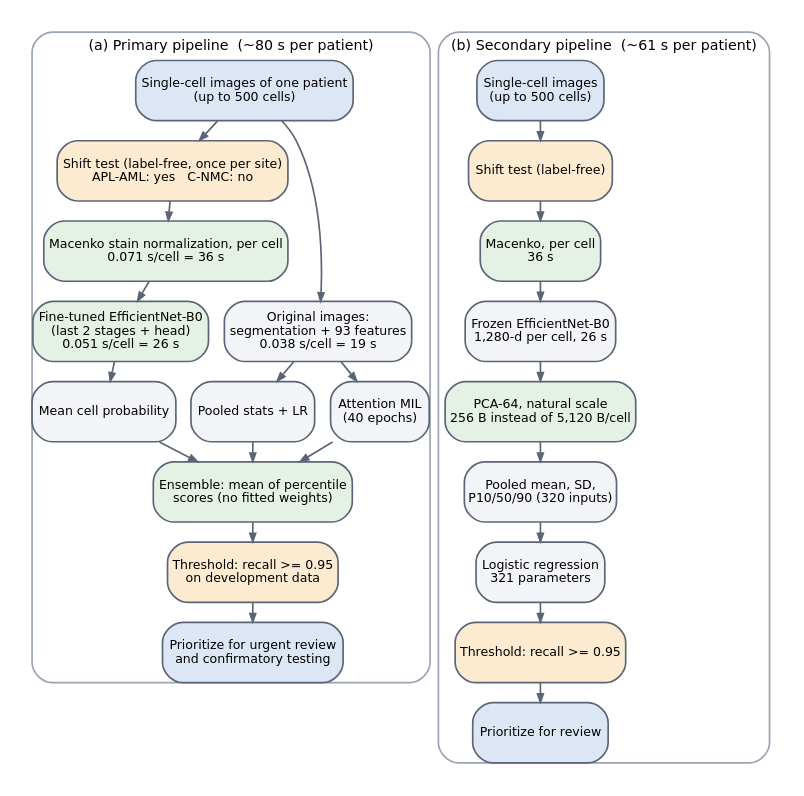
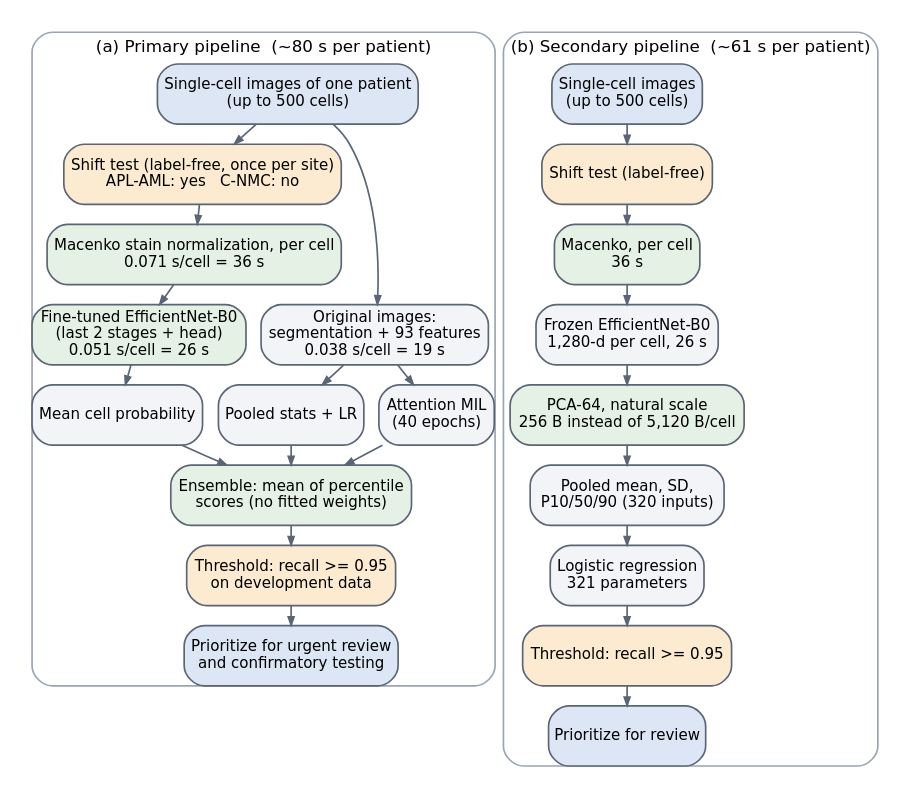
Before and after one commit to Sherif-Hussein/leukemia-leakage-benchmark: the diagram in manuscript/figures/fig_pipelines.dot, drawn with Graphviz. The commit also changed 56 other files, not shown here.

First line of the commit message:
Reconcile repository with the manuscript; reviewer wording and figure fixes

```diff
--- a/manuscript/figures/fig_pipelines.dot
+++ b/manuscript/figures/fig_pipelines.dot
@@ -1,33 +1,33 @@
 digraph P {
   graph [rankdir=TB, fontname="DejaVu Sans", fontsize=9, nodesep=0.12, ranksep=0.16, margin=0.02, newrank=true];
-  node  [shape=box, style="rounded,filled", fillcolor="#F2F4F7", color="#5B6575", fontname="DejaVu Sans", fontsize=7.5, margin="0.06,0.03"];
+  node  [shape=box, style="rounded,filled", fillcolor="#F2F4F7", color="#5B6575", fontname="DejaVu Sans", fontsize=9, margin="0.06,0.03"];
   edge  [color="#5B6575", arrowsize=0.5];
-  subgraph cluster_p { label="(a) Primary pipeline  (~80 s per patient)"; fontsize=8.5; style="rounded"; color="#9AA4B2";
+  subgraph cluster_p { label="(a) Primary pipeline  (~80 s per patient)"; fontsize=10; style="rounded"; color="#9AA4B2";
     in   [label="Single-cell images of one patient\n(up to 500 cells)", fillcolor="#DCE6F5"];
     shift[label="Shift test (label-free, once per site)\nAPL-AML: yes   C-NMC: no", fillcolor="#FCEBD0"];
     mac  [label="Macenko stain normalization, per cell\n0.071 s/cell = 36 s", fillcolor="#E4F1E4"];
     ft   [label="Fine-tuned EfficientNet-B0\n(last 2 stages + head)\n0.051 s/cell = 26 s", fillcolor="#E4F1E4"];
     mp   [label="Mean cell probability"];
     seg  [label="Original images:\nsegmentation + 93 features\n0.038 s/cell = 19 s"];
     pool [label="Pooled stats + LR"];
     mil  [label="Attention MIL\n(40 epochs)"];
     ens  [label="Ensemble: mean of percentile\nscores (no fitted weights)", fillcolor="#E4F1E4"];
     thr  [label="Threshold: recall >= 0.95\non development data", fillcolor="#FCEBD0"];
     out  [label="Prioritize for urgent review\nand confirmatory testing", fillcolor="#DCE6F5"];
     in -> shift -> mac -> ft -> mp -> ens;
     in -> seg; seg -> pool -> ens; seg -> mil -> ens;
     ens -> thr -> out;
   }
-  subgraph cluster_s { label="(b) Secondary pipeline  (~61 s per patient)"; fontsize=8.5; style="rounded"; color="#9AA4B2";
+  subgraph cluster_s { label="(b) Secondary pipeline  (~61 s per patient)"; fontsize=10; style="rounded"; color="#9AA4B2";
     in2   [label="Single-cell images\n(up to 500 cells)", fillcolor="#DCE6F5"];
     shift2[label="Shift test (label-free)", fillcolor="#FCEBD0"];
     mac2  [label="Macenko, per cell\n36 s", fillcolor="#E4F1E4"];
     cnn2  [label="Frozen EfficientNet-B0\n1,280-d per cell, 26 s"];
     pca2  [label="PCA-64, natural scale\n256 B instead of 5,120 B/cell", fillcolor="#E4F1E4"];
     pool2 [label="Pooled mean, SD,\nP10/50/90 (320 inputs)"];
     lr2   [label="Logistic regression\n321 parameters"];
     thr2  [label="Threshold: recall >= 0.95", fillcolor="#FCEBD0"];
     out2  [label="Prioritize for review", fillcolor="#DCE6F5"];
     in2 -> shift2 -> mac2 -> cnn2 -> pca2 -> pool2 -> lr2 -> thr2 -> out2;
   }
 }
```
